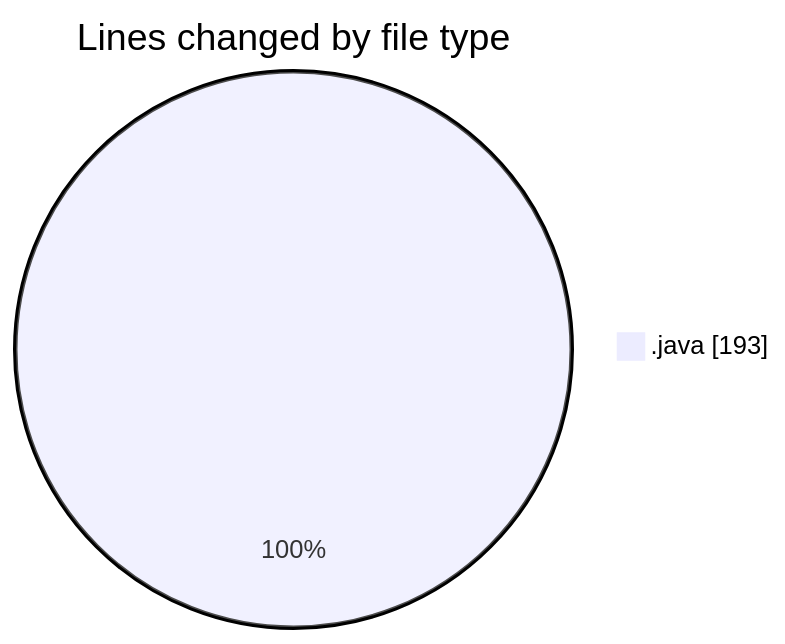
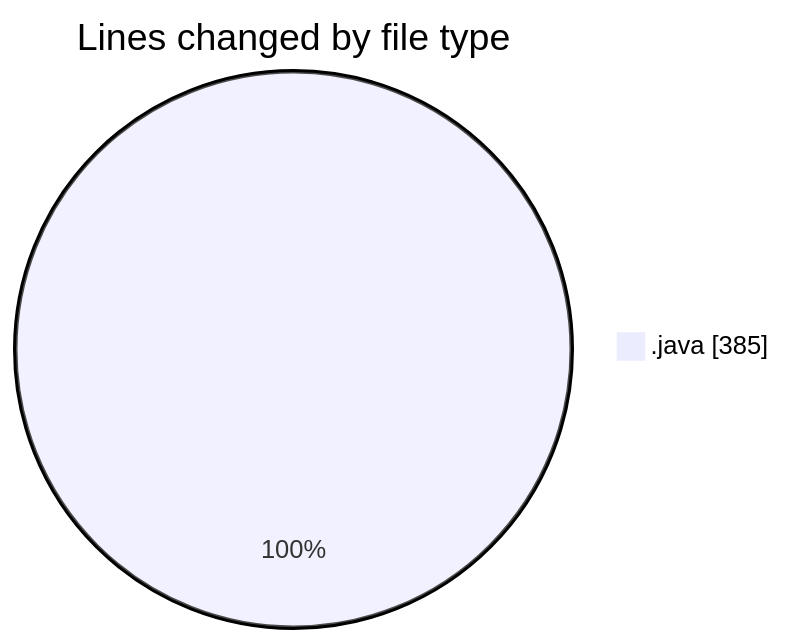
One commit to ricardozamudiocil/code-tracking changed the first of 2 diagrams in 2026-04-28/cilwebcustomercomunication/README.md. Above: the diagram before and after it, drawn with Mermaid. The commit also changed other lines of this file and 1 other file, not shown here.

````diff
--- a/2026-04-28/cilwebcustomercomunication/README.md
+++ b/2026-04-28/cilwebcustomercomunication/README.md
@@ -20,5 +22,5 @@
 ```mermaid
 pie showData
 title Lines changed by file type
-".java" : 193
+".java" : 385
 ```
````
